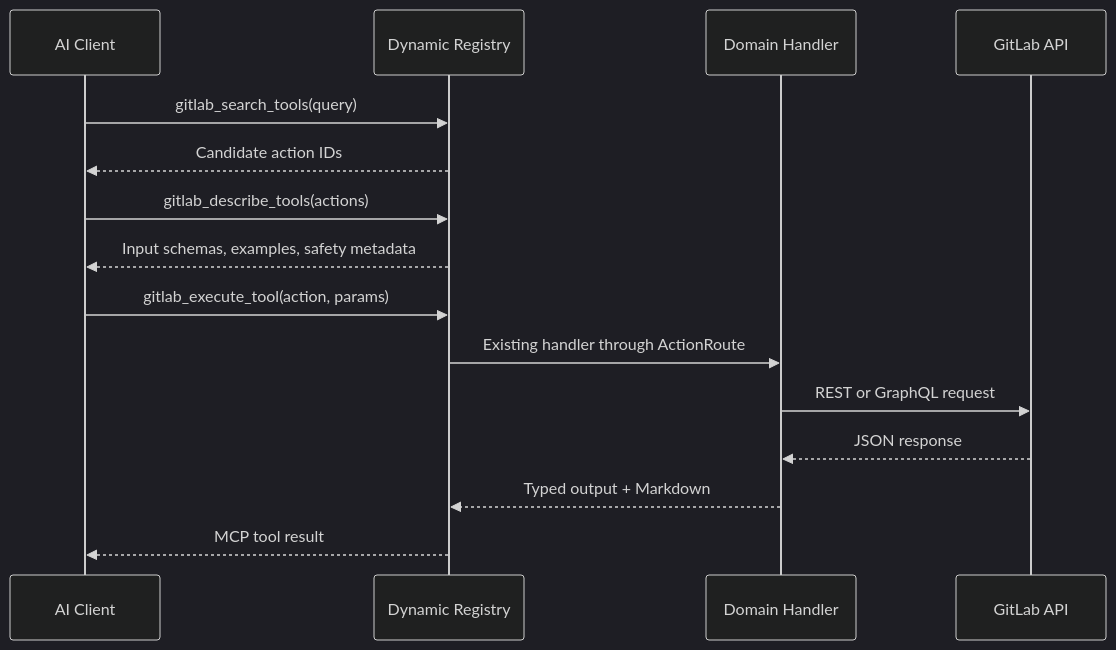
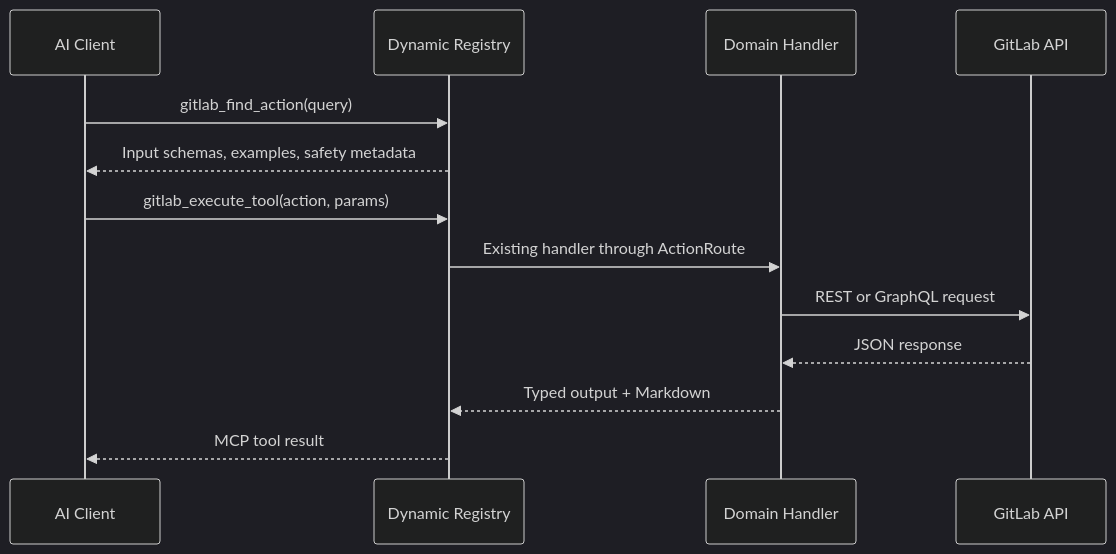
One commit to jmrplens/gitlab-mcp-server changed the sixth of 11 diagrams in docs/architecture.md. Above: the diagram before and after it, drawn with Mermaid (dark theme). The commit also changed other lines of this file and 179 other files, not shown here.

````diff
--- a/docs/architecture.md
+++ b/docs/architecture.md
@@ -330,18 +328,16 @@
 ```mermaid
 sequenceDiagram
     participant LLM as AI Client
     participant DYN as Dynamic Registry
     participant TOOL as Domain Handler
     participant GL as GitLab API
 
-    LLM->>DYN: gitlab_search_tools(query)
-    DYN-->>LLM: Candidate action IDs
-    LLM->>DYN: gitlab_describe_tools(actions)
+    LLM->>DYN: gitlab_find_action(query)
     DYN-->>LLM: Input schemas, examples, safety metadata
     LLM->>DYN: gitlab_execute_tool(action, params)
     DYN->>TOOL: Existing handler through ActionRoute
     TOOL->>GL: REST or GraphQL request
     GL-->>TOOL: JSON response
     TOOL-->>DYN: Typed output + Markdown
     DYN-->>LLM: MCP tool result
 ```
````
